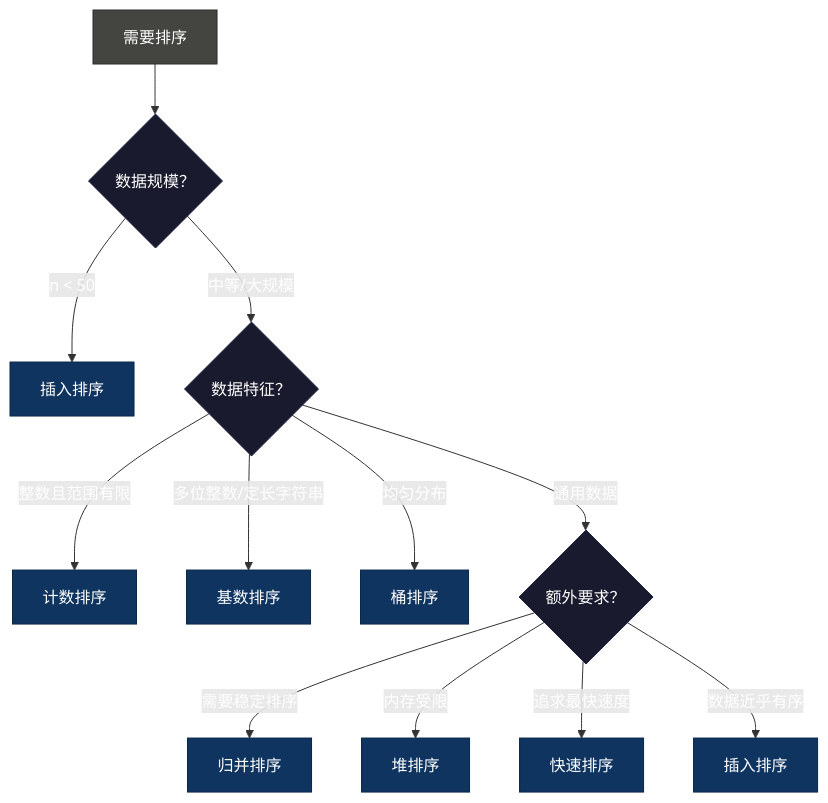
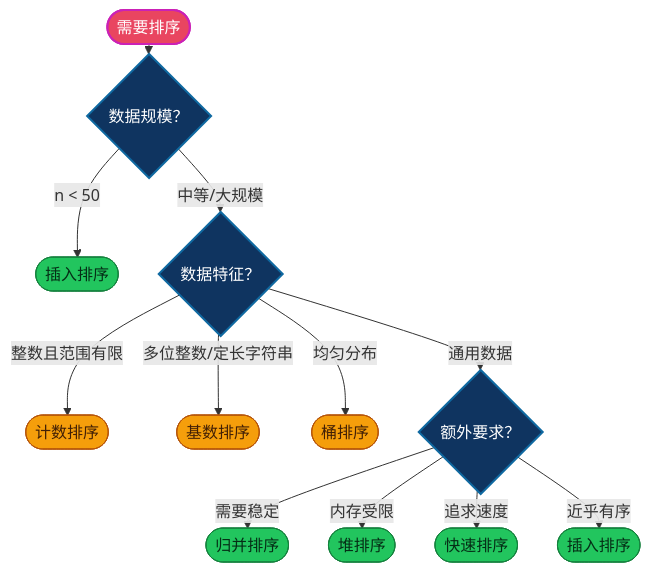
Before and after one commit to microwind/algorithms: diagram 14 of 14 in sorting/AI-Era-Top-10-Sorting-Algorithms.md, drawn with Mermaid. The commit also changed other lines of this file and 3 other files, not shown here.

````diff
--- a/sorting/AI-Era-Top-10-Sorting-Algorithms.md
+++ b/sorting/AI-Era-Top-10-Sorting-Algorithms.md
@@ -845,22 +849,27 @@
 ```mermaid
-graph TD
-    START["需要排序"] --> Q1{"数据规模？"}
-    Q1 -->|"n < 50"| A1["插入排序"]
+%%{init: {'flowchart': {'nodeSpacing': 40, 'rankSpacing': 10, 'padding': 10}}}%%
+graph TB
+    START(["需要排序"]):::start --> Q1{"数据规模？"}
+
+    Q1 -->|"n < 50"| A1(["插入排序"]):::cmp
     Q1 -->|"中等/大规模"| Q2{"数据特征？"}
-    Q2 -->|"整数且范围有限"| A2["计数排序"]
-    Q2 -->|"多位整数/定长字符串"| A3["基数排序"]
-    Q2 -->|"均匀分布"| A4["桶排序"]
+
+    Q2 -->|"整数且范围有限"| A2(["计数排序"]):::noncmp
+    Q2 -->|"多位整数/定长字符串"| A3(["基数排序"]):::noncmp
+    Q2 -->|"均匀分布"| A4(["桶排序"]):::noncmp
     Q2 -->|"通用数据"| Q3{"额外要求？"}
-    Q3 -->|"需要稳定排序"| A5["归并排序"]
-    Q3 -->|"内存受限"| A6["堆排序"]
-    Q3 -->|"追求最快速度"| A7["快速排序"]
-    Q3 -->|"数据近乎有序"| A8["插入排序"]
 
-    classDef root fill:#444441,color:#fff,stroke:#2C2C2A
-    classDef question fill:#1a1a2e,color:#fff,stroke:#16213e
-    classDef answer fill:#0f3460,color:#fff,stroke:#0a2647
+    Q3 -->|"需要稳定"| A5(["归并排序"]):::cmp
+    Q3 -->|"内存受限"| A6(["堆排序"]):::cmp
+    Q3 -->|"追求速度"| A7(["快速排序"]):::cmp
+    Q3 -->|"近乎有序"| A8(["插入排序"]):::cmp
 
-    class START root
+    %% 样式定义（统一圆角 + 分层颜色）
+    classDef start fill:#e94560,color:#fff,stroke:#cb21b6,stroke-width:2px,rx:12,ry:12
+    classDef question fill:#0f3460,color:#fff,stroke:#0f69a1,stroke-width:2px,rx:10,ry:10
+    classDef cmp fill:#22c55e,color:#052e16,stroke:#15803d,rx:10,ry:10
+    classDef noncmp fill:#f59e0b,color:#422006,stroke:#b45309,rx:10,ry:10
+
+    class START start
     class Q1,Q2,Q3 question
-    class A1,A2,A3,A4,A5,A6,A7,A8 answer
 ```
````
